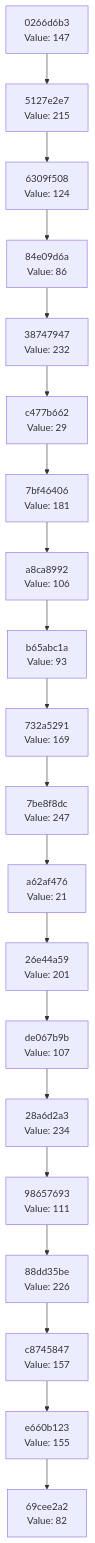
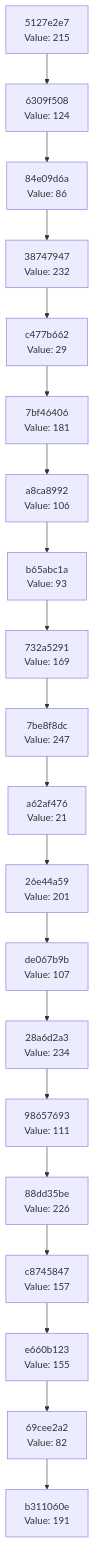
The diagram in docs/CHAIN_VISUALIZATION.md (Abhisheksinha1506/hash-chain-evolver), drawn with Mermaid before and after one commit. The commit also changed 2 other files, not shown here.

Commit message:
Evolution step: hash 0xBF → action executed

````diff
--- a/docs/CHAIN_VISUALIZATION.md
+++ b/docs/CHAIN_VISUALIZATION.md
@@ -3,42 +3,42 @@
 ```mermaid
 graph TD
-    C0["69cee2a2<br/>Value: 82"]
-    C1["e660b123<br/>Value: 155"]
+    C0["b311060e<br/>Value: 191"]
+    C1["69cee2a2<br/>Value: 82"]
     C1 --> C0
-    C2["c8745847<br/>Value: 157"]
+    C2["e660b123<br/>Value: 155"]
     C2 --> C1
-    C3["88dd35be<br/>Value: 226"]
+    C3["c8745847<br/>Value: 157"]
     C3 --> C2
-    C4["98657693<br/>Value: 111"]
+    C4["88dd35be<br/>Value: 226"]
     C4 --> C3
-    C5["28a6d2a3<br/>Value: 234"]
+    C5["98657693<br/>Value: 111"]
     C5 --> C4
-    C6["de067b9b<br/>Value: 107"]
+    C6["28a6d2a3<br/>Value: 234"]
     C6 --> C5
-    C7["26e44a59<br/>Value: 201"]
+    C7["de067b9b<br/>Value: 107"]
     C7 --> C6
-    C8["a62af476<br/>Value: 21"]
+    C8["26e44a59<br/>Value: 201"]
     C8 --> C7
-    C9["7be8f8dc<br/>Value: 247"]
+    C9["a62af476<br/>Value: 21"]
     C9 --> C8
-    C10["732a5291<br/>Value: 169"]
+    C10["7be8f8dc<br/>Value: 247"]
     C10 --> C9
-    C11["b65abc1a<br/>Value: 93"]
+    C11["732a5291<br/>Value: 169"]
     C11 --> C10
-    C12["a8ca8992<br/>Value: 106"]
+    C12["b65abc1a<br/>Value: 93"]
     C12 --> C11
-    C13["7bf46406<br/>Value: 181"]
+    C13["a8ca8992<br/>Value: 106"]
     C13 --> C12
-    C14["c477b662<br/>Value: 29"]
+    C14["7bf46406<br/>Value: 181"]
     C14 --> C13
-    C15["38747947<br/>Value: 232"]
+    C15["c477b662<br/>Value: 29"]
     C15 --> C14
-    C16["84e09d6a<br/>Value: 86"]
+    C16["38747947<br/>Value: 232"]
     C16 --> C15
-    C17["6309f508<br/>Value: 124"]
+    C17["84e09d6a<br/>Value: 86"]
     C17 --> C16
-    C18["5127e2e7<br/>Value: 215"]
+    C18["6309f508<br/>Value: 124"]
     C18 --> C17
-    C19["0266d6b3<br/>Value: 147"]
+    C19["5127e2e7<br/>Value: 215"]
     C19 --> C18
 ```
````
